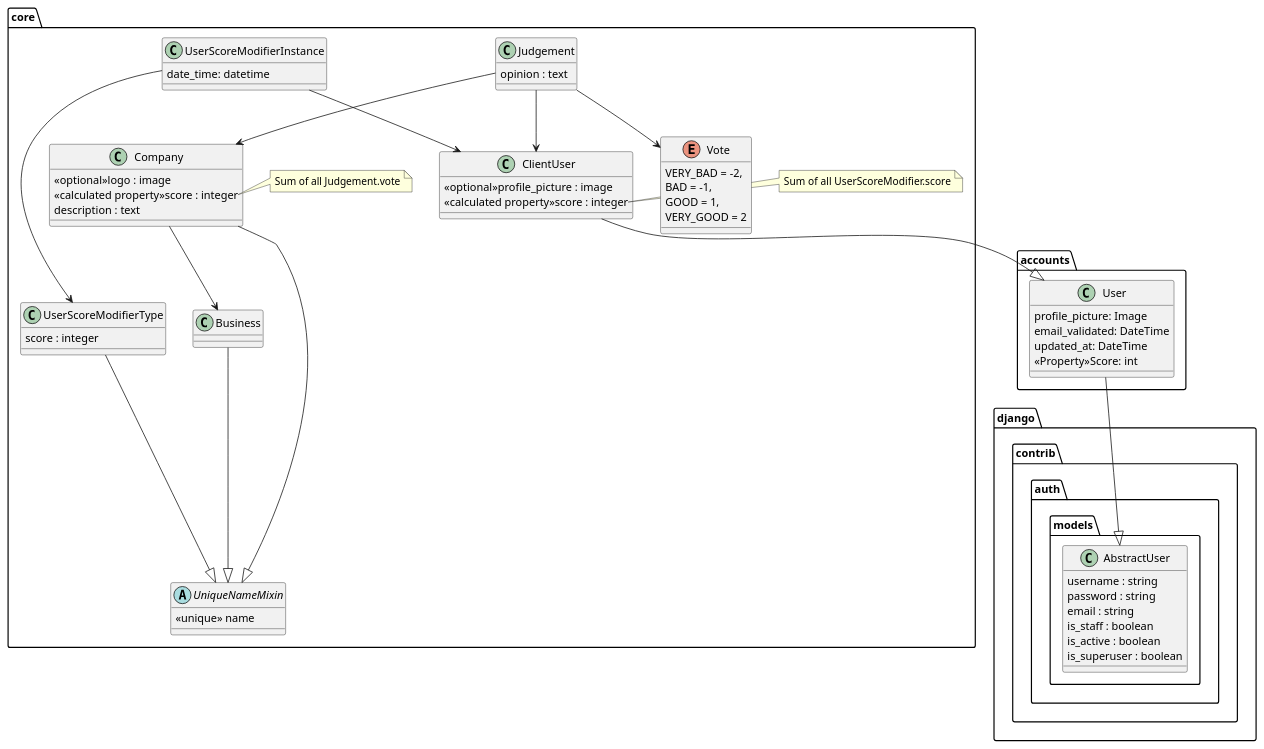
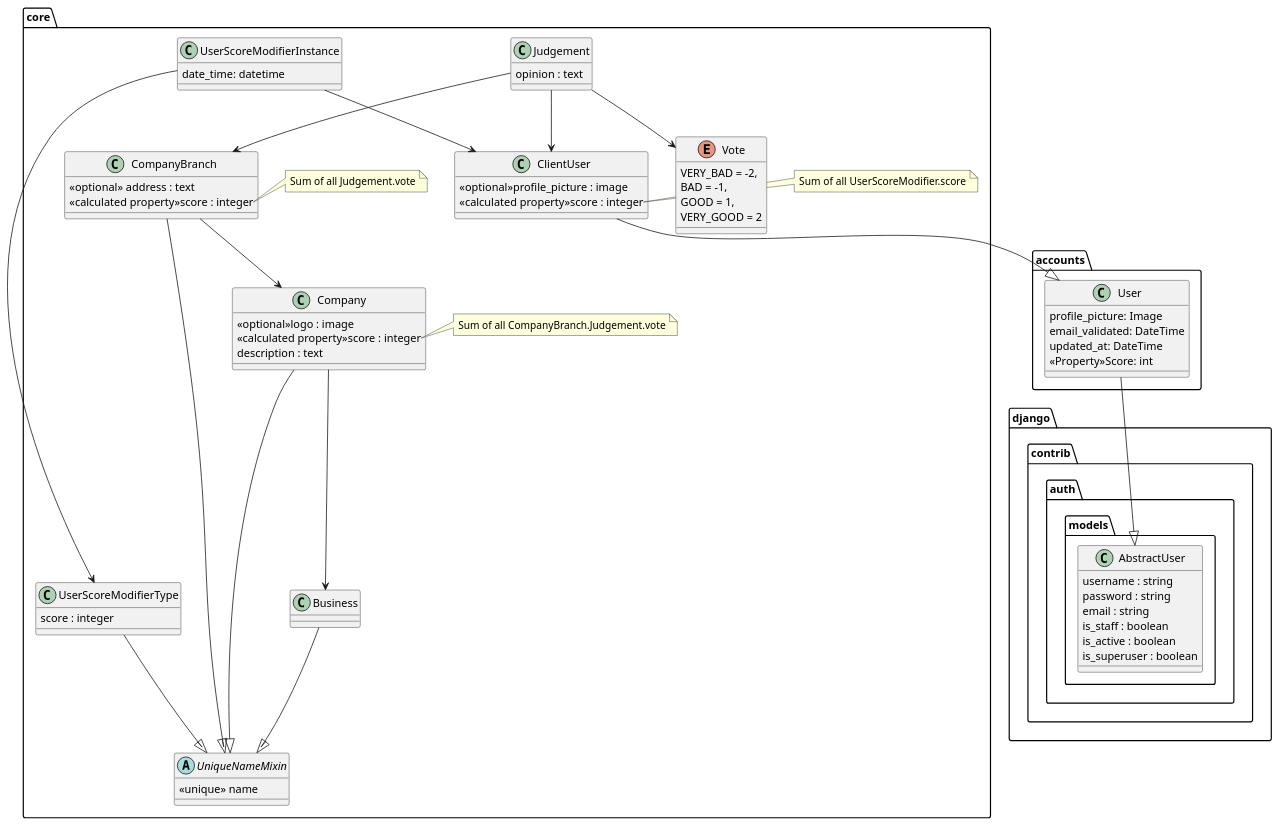
The diagram in documentation/modules_views/classes_diagrams/class_diagram.puml (alvaroscelza/Claims-and-Complaints), drawn with PlantUML before and after one commit. The commit also changed 3 other files, not shown here.

```diff
--- a/documentation/modules_views/classes_diagrams/class_diagram.puml
+++ b/documentation/modules_views/classes_diagrams/class_diagram.puml
@@ -1,76 +1,86 @@
 @startuml class_diagram
     package django.contrib.auth.models <<Folder>> {
         class AbstractUser{
             username : string
             password : string
             email : string
             is_staff : boolean
             is_active : boolean
             is_superuser : boolean
         }
     }
 
     package accounts <<Folder>> {
         class User {
             profile_picture: Image
             email_validated: DateTime
             updated_at: DateTime
             <<Property>>Score: int
         }
         User --|> AbstractUser
     }
 
     package core <<Folder>> {
         abstract UniqueNameMixin {
             <<unique>> name
         }
 
         class Business
         Business --|> UniqueNameMixin
 
         class ClientUser {
             <<optional>>profile_picture : image
             <<calculated property>>score : integer
         }
         ClientUser --|> User
         note right of ClientUser::score
             Sum of all UserScoreModifier.score
         end note
 
         class Company {
             <<optional>>logo : image
             <<calculated property>>score : integer
             description : text
         }
         Company --|> UniqueNameMixin
         Company --> Business
         note right of Company::score
-            Sum of all Judgement.vote
+            Sum of all CompanyBranch.Judgement.vote
         end note
 
         enum Vote {
             VERY_BAD = -2,
             BAD = -1,
             GOOD = 1,
             VERY_GOOD = 2
         }
 
+        class CompanyBranch {
+            <<optional>> address : text
+            <<calculated property>>score : integer
+        }
+        CompanyBranch --|> UniqueNameMixin
+        CompanyBranch --> Company
+        note right of CompanyBranch::score
+            Sum of all Judgement.vote
+        end note
+
         class Judgement {
             opinion : text
         }
-        Judgement --> Company
+        Judgement --> CompanyBranch
         Judgement --> ClientUser
         Judgement --> Vote
 
         class UserScoreModifierInstance {
             date_time: datetime
         }
         UserScoreModifierInstance --> ClientUser
         UserScoreModifierInstance --> UserScoreModifierType
 
         class UserScoreModifierType {
             score : integer
         }
         UserScoreModifierType --|> UniqueNameMixin
     }
 @enduml
```
